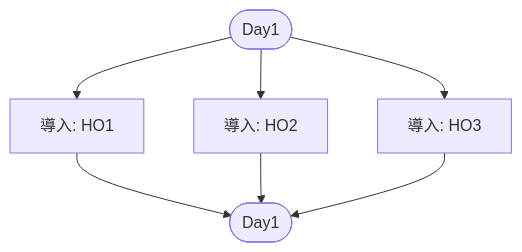
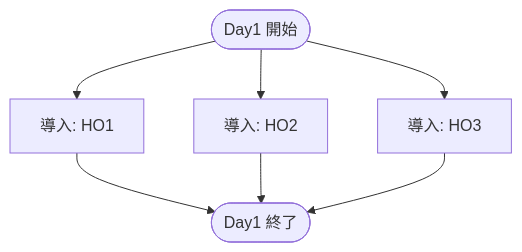
Before and after one commit to KarasuTatehi/last-resort-disturbance: the first of 2 diagrams in specs/routing.md, drawn with Mermaid. The commit also changed other lines of this file, not shown here.

````diff
--- a/specs/routing.md
+++ b/specs/routing.md
@@ -7,10 +7,10 @@
 ```mermaid
 flowchart TD
-D1S([Day1])
+D1S([Day1 開始])
 HO1-D1["導入: HO1"]
 HO2-D1["導入: HO2"]
 HO3-D1["導入: HO3"]
-D1E([Day1])
+D1E([Day1 終了])
 D1S --> HO1-D1 & HO2-D1 & HO3-D1
 HO1-D1 & HO2-D1 & HO3-D1 --> D1E
 ```
````
